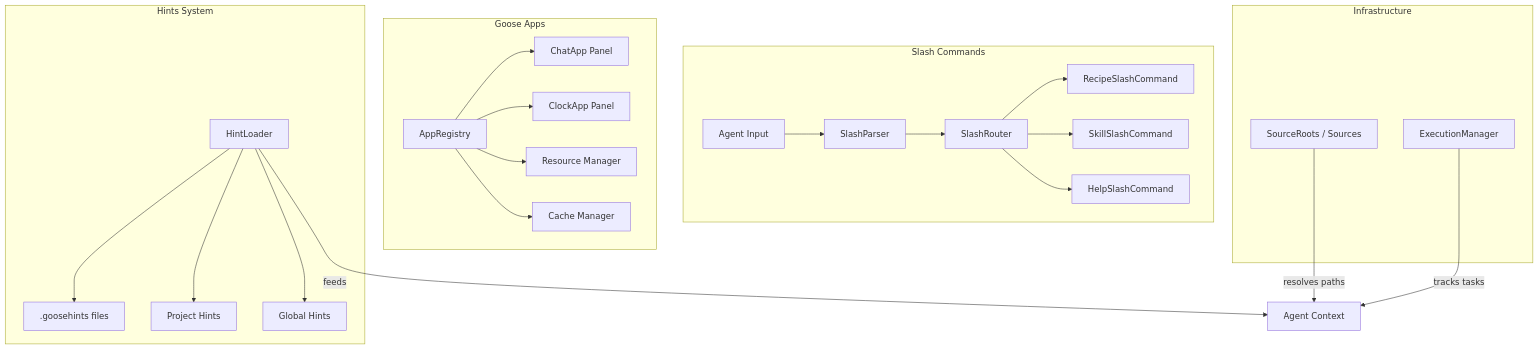
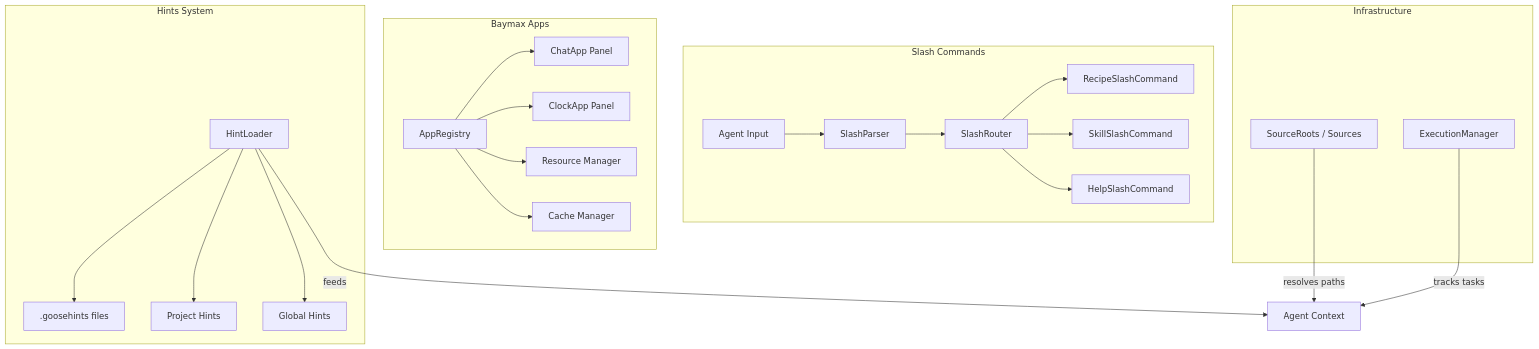
Before and after one commit to imagineerings/xor: the diagram in .agents/specs/goose-migration/developer-experience/design.md, drawn with Mermaid. The commit also changed other lines of this file and 15 other files, not shown here.

First line of the commit message:
feat(baymax_apps): Add baymax apps panel with ChatApp and ClockApp

````diff
--- a/.agents/specs/goose-migration/developer-experience/design.md
+++ b/.agents/specs/goose-migration/developer-experience/design.md
@@ -16,50 +16,50 @@
 ```mermaid
 graph TD
     subgraph "Slash Commands"
         Input[Agent Input]
         Parser[SlashParser]
         Router[SlashRouter]
         RecipeCmd[RecipeSlashCommand]
         SkillCmd[SkillSlashCommand]
         HelpCmd[HelpSlashCommand]
     end
 
     subgraph "Hints System"
         HintLoader[HintLoader]
         HintFiles[.goosehints files]
         ProjectHint[Project Hints]
         GlobalHint[Global Hints]
     end
 
-    subgraph "Goose Apps"
+    subgraph "Baymax Apps"
         AppRegistry[AppRegistry]
         ChatApp[ChatApp Panel]
         ClockApp[ClockApp Panel]
         Resource[Resource Manager]
         Cache[Cache Manager]
     end
 
     subgraph "Infrastructure"
         Sources[SourceRoots / Sources]
         ExecMgr[ExecutionManager]
     end
 
     Input --> Parser
     Parser --> Router
     Router --> RecipeCmd
     Router --> SkillCmd
     Router --> HelpCmd
     
     HintLoader --> HintFiles
     HintLoader --> ProjectHint
     HintLoader --> GlobalHint
     HintLoader -->|feeds| Agent[Agent Context]
     
     AppRegistry --> ChatApp
     AppRegistry --> ClockApp
     AppRegistry --> Resource
     AppRegistry --> Cache
     
     Sources -->|resolves paths| Agent
     ExecMgr -->|tracks tasks| Agent
 ```
````
